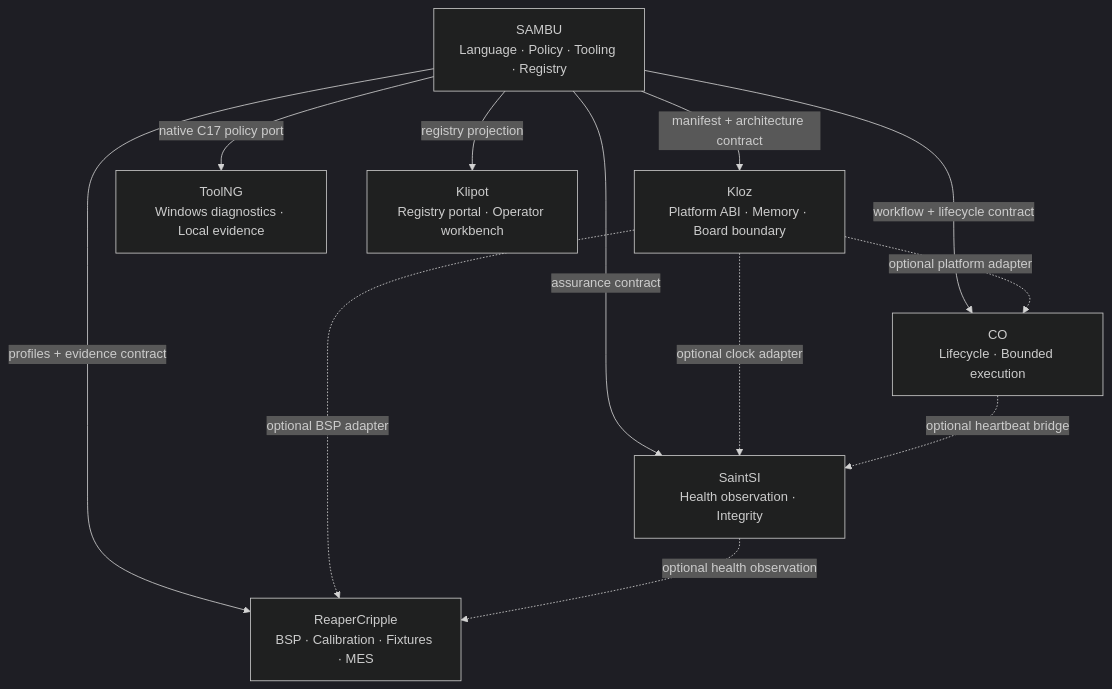
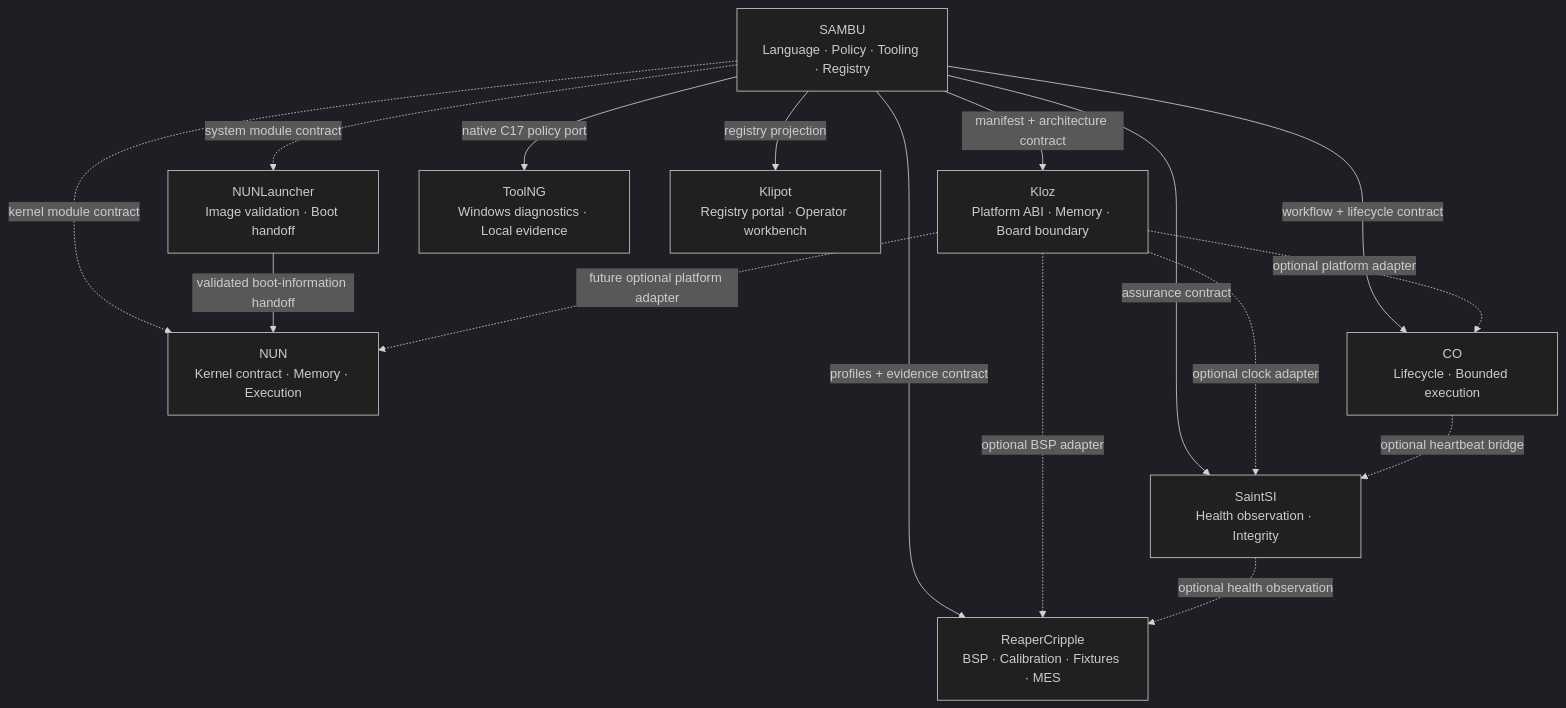
Before and after one commit to bboroski/SAMBU: the diagram in docs/ECOSYSTEM_ARCHITECTURE.md, drawn with Mermaid (dark theme).

Commit message:
Add NUN and NUNLauncher to ecosystem architecture map

````diff
--- a/docs/ECOSYSTEM_ARCHITECTURE.md
+++ b/docs/ECOSYSTEM_ARCHITECTURE.md
@@ -17,22 +17,28 @@
 ```mermaid
 flowchart TB
     SAMBU["SAMBU\nLanguage · Policy · Tooling · Registry"]
+    NUNL["NUNLauncher\nImage validation · Boot handoff"]
+    NUN["NUN\nKernel contract · Memory · Execution"]
     KLOZ["Kloz\nPlatform ABI · Memory · Board boundary"]
     CO["CO\nLifecycle · Bounded execution"]
     SAINT["SaintSI\nHealth observation · Integrity"]
     REAPER["ReaperCripple\nBSP · Calibration · Fixtures · MES"]
     TOOL["ToolNG\nWindows diagnostics · Local evidence"]
     KLIPOT["Klipot\nRegistry portal · Operator workbench"]
 
     SAMBU -->|"manifest + architecture contract"| KLOZ
     SAMBU -->|"workflow + lifecycle contract"| CO
     SAMBU -->|"assurance contract"| SAINT
     SAMBU -->|"profiles + evidence contract"| REAPER
     SAMBU -->|"native C17 policy port"| TOOL
     SAMBU -->|"registry projection"| KLIPOT
+    SAMBU -. "system module contract" .-> NUNL
+    SAMBU -. "kernel module contract" .-> NUN
+    NUNL -->|"validated boot-information handoff"| NUN
+    KLOZ -. "future optional platform adapter" .-> NUN
     KLOZ -. "optional platform adapter" .-> CO
     KLOZ -. "optional clock adapter" .-> SAINT
     KLOZ -. "optional BSP adapter" .-> REAPER
     CO -. "optional heartbeat bridge" .-> SAINT
     SAINT -. "optional health observation" .-> REAPER
 ```
````
